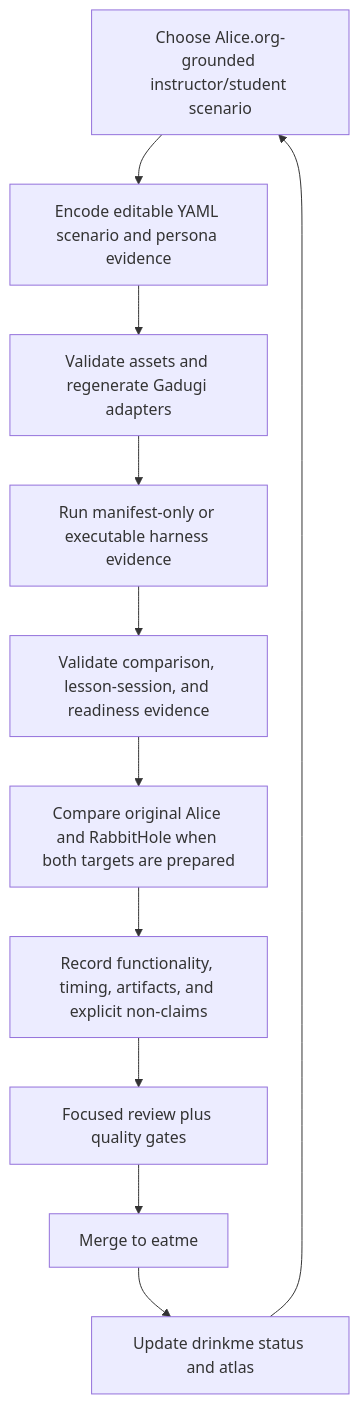
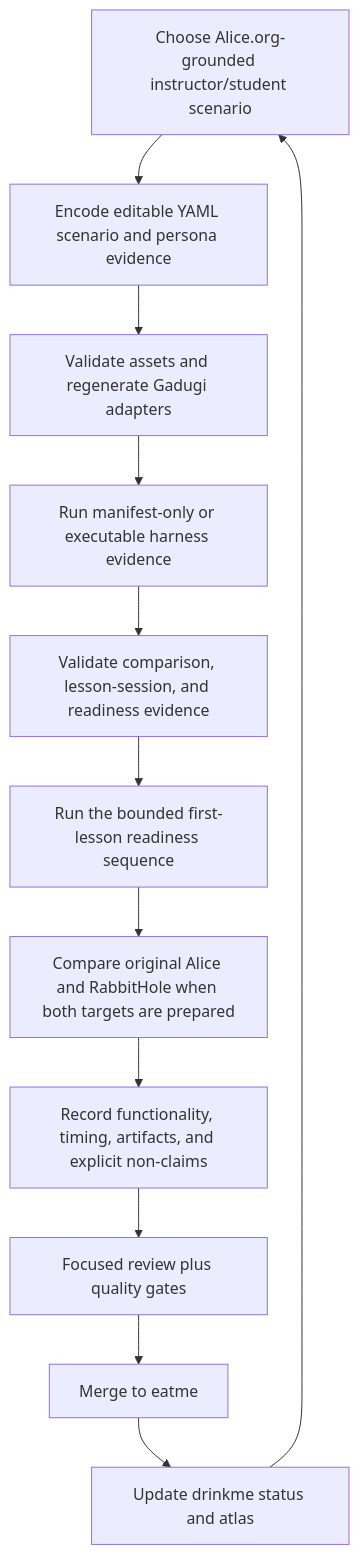
Before and after one commit to rysweet/drinkme: the sixth of 6 diagrams in README.md, drawn with Mermaid. The commit also changed other lines of this file, not shown here.

First line of the commit message:
Update README for launcher and readiness evidence

````diff
--- a/README.md
+++ b/README.md
@@ -119,13 +119,14 @@
 ```mermaid
 flowchart TD
   A["Choose Alice.org-grounded instructor/student scenario"] --> Y["Encode editable YAML scenario and persona evidence"]
   Y --> G["Validate assets and regenerate Gadugi adapters"]
   G --> H["Run manifest-only or executable harness evidence"]
   H --> L["Validate comparison, lesson-session, and readiness evidence"]
-  L --> C["Compare original Alice and RabbitHole when both targets are prepared"]
+  L --> Q["Run the bounded first-lesson readiness sequence"]
+  Q --> C["Compare original Alice and RabbitHole when both targets are prepared"]
   C --> B["Record functionality, timing, artifacts, and explicit non-claims"]
   B --> R["Focused review plus quality gates"]
   R --> M["Merge to eatme"]
   M --> S["Update drinkme status and atlas"]
   S --> A
 ```
````
